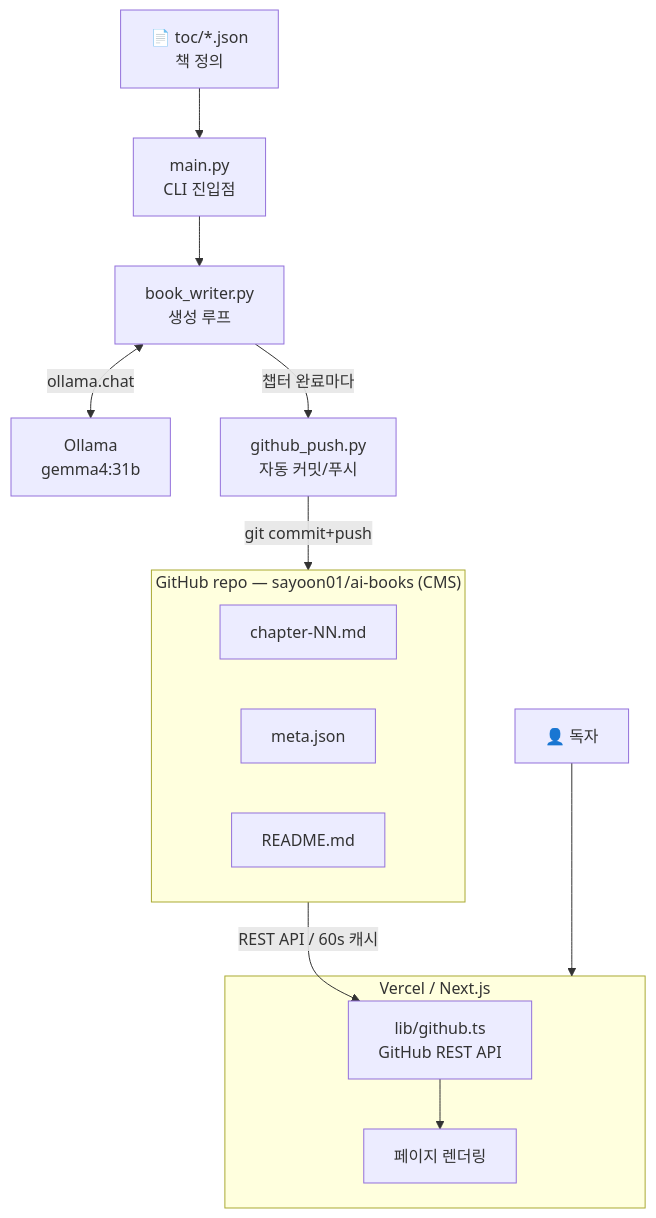
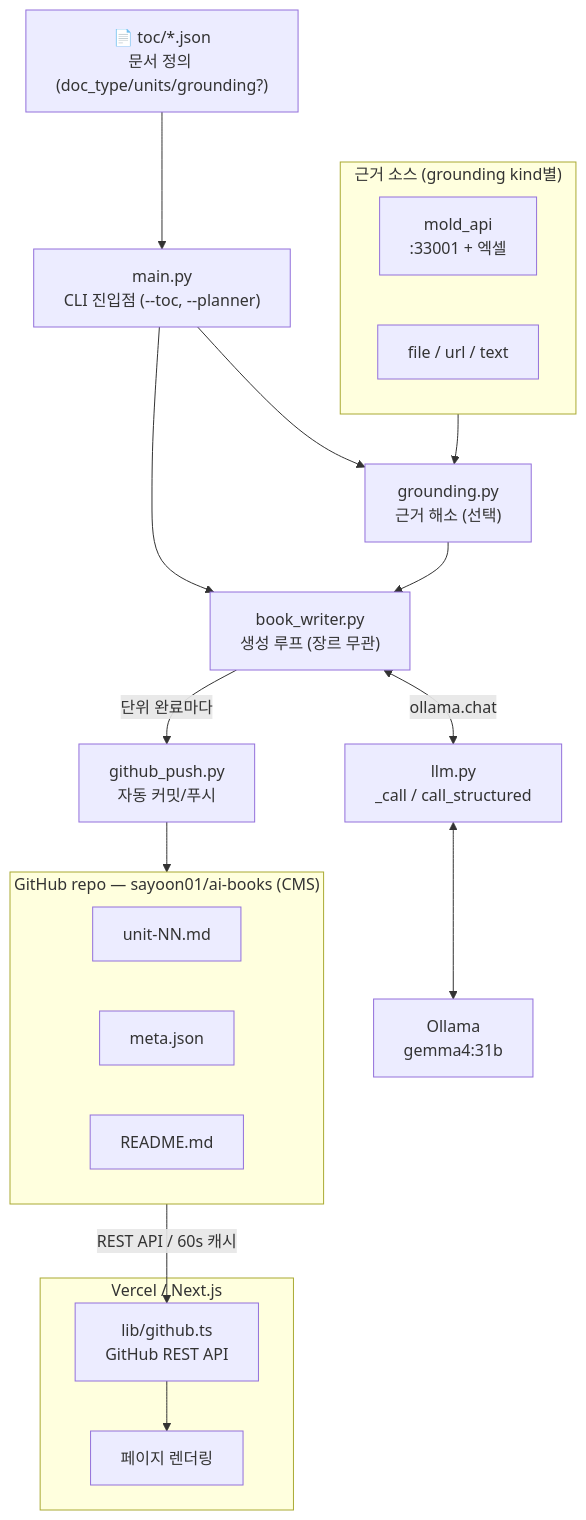
Before and after one commit to sayoon01/ai-books: the first of 2 diagrams in ARCHITECTURE.md, drawn with Mermaid. The commit also changed other lines of this file and 2 other files, not shown here.

````diff
--- a/ARCHITECTURE.md
+++ b/ARCHITECTURE.md
@@ -11,28 +15,33 @@
 ```mermaid
 flowchart TD
-    TOC["📄 toc/*.json\n책 정의"]
-    CLI["main.py\nCLI 진입점"]
-    BW["book_writer.py\n생성 루프"]
+    TOC["📄 toc/*.json\n문서 정의 (doc_type/units/grounding?)"]
+    CLI["main.py\nCLI 진입점 (--toc, --planner)"]
+    GR["grounding.py\n근거 해소 (선택)"]
+    BW["book_writer.py\n생성 루프 (장르 무관)"]
+    LLM["llm.py\n_call / call_structured"]
     OLLAMA["Ollama\ngemma4:31b"]
     GHP["github_push.py\n자동 커밋/푸시"]
 
+    subgraph SRC["근거 소스 (grounding kind별)"]
+        API["mold_api\n:33001 + 엑셀"]
+        FILE["file / url / text"]
+    end
+
     subgraph GITHUB["GitHub repo — sayoon01/ai-books (CMS)"]
-        MD["chapter-NN.md"]
+        MD["unit-NN.md"]
         META["meta.json"]
         README["README.md"]
     end
 
     subgraph WEB["Vercel / Next.js"]
         GHAPI["lib/github.ts\nGitHub REST API"]
         PAGE["페이지 렌더링"]
     end
 
-    USER["👤 독자"]
-
     TOC --> CLI --> BW
-    BW <-->|ollama.chat| OLLAMA
-    BW -->|챕터 완료마다| GHP
-    GHP -->|git commit+push| GITHUB
+    CLI --> GR
+    SRC --> GR --> BW
+    BW <-->|ollama.chat| LLM <--> OLLAMA
+    BW -->|단위 완료마다| GHP --> GITHUB
     GITHUB -->|REST API / 60s 캐시| GHAPI --> PAGE
-    USER --> WEB
 ```
````
